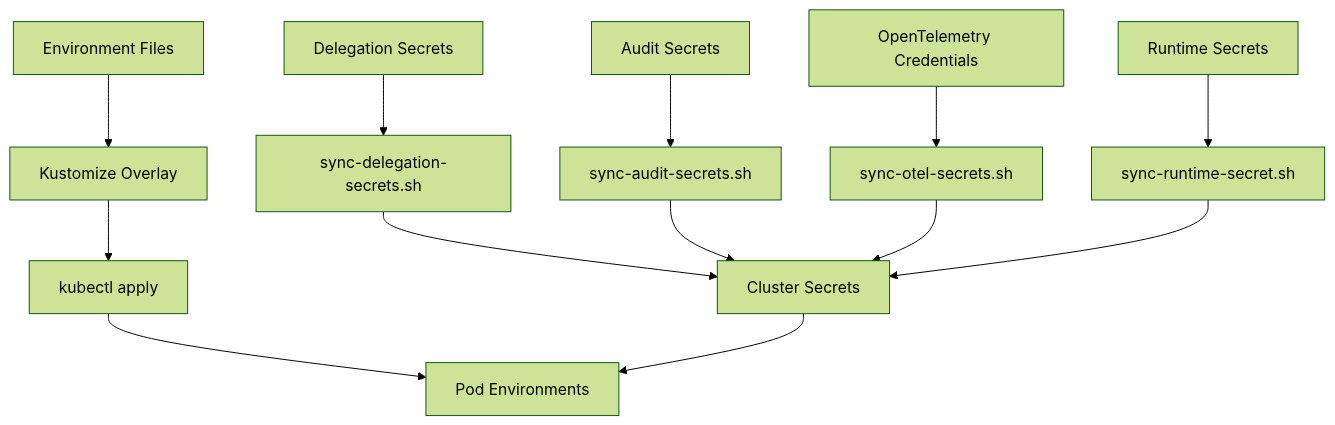
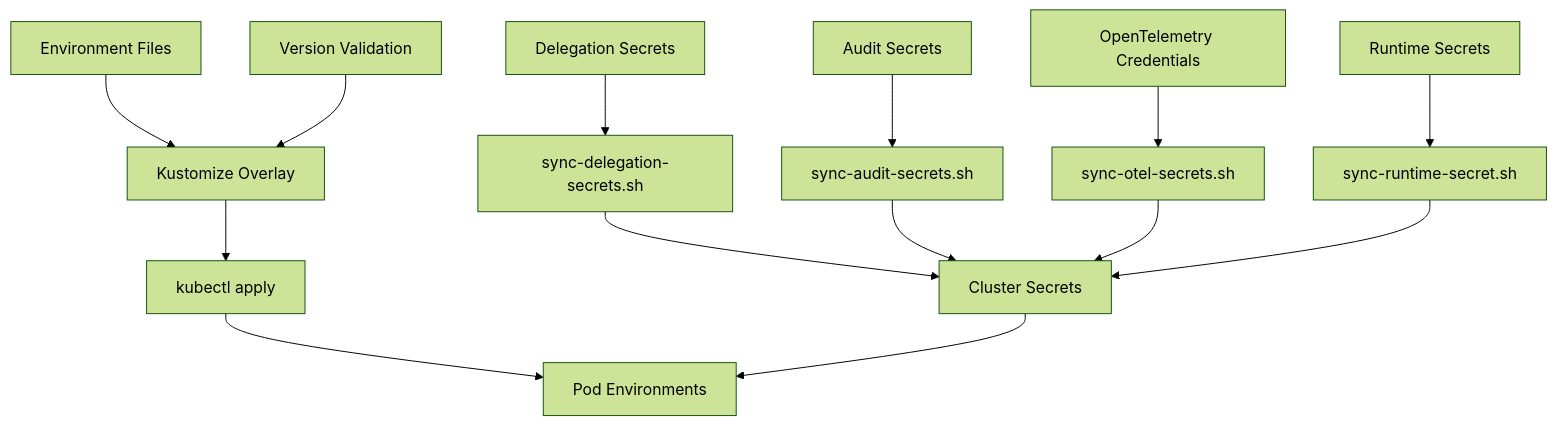
The fifth of 10 diagrams in .qoder/repowiki/en/content/Deployment and Operations/Deployment and Operations.md (metasync/luban-aiops), drawn with Mermaid (forest theme) before and after one commit. The commit also changed other lines of this file and 4 other files, not shown here.

````diff
--- a/.qoder/repowiki/en/content/Deployment and Operations/Deployment and Operations.md
+++ b/.qoder/repowiki/en/content/Deployment and Operations/Deployment and Operations.md
@@ -377,15 +416,16 @@
 ```mermaid
 flowchart TD
 EnvFiles["Environment Files"] --> Overlay["Kustomize Overlay"]
 Secrets["Runtime Secrets"] --> SecretSync["sync-runtime-secret.sh"]
 DelegationSecrets["Delegation Secrets"] --> DelegationSync["sync-delegation-secrets.sh"]
 AuditSecrets["Audit Secrets"] --> AuditSync["sync-audit-secrets.sh"]
 OTELSecrets["OpenTelemetry Credentials"] --> OTESync["sync-otel-secrets.sh"]
+VersionCheck["Version Validation"] --> Overlay
 DelegationSync --> K8sSecrets["Cluster Secrets"]
 AuditSync --> K8sSecrets
 OTESync --> K8sSecrets
 SecretSync --> K8sSecrets
 Overlay --> K8sApply["kubectl apply"]
 K8sApply --> Pods["Pod Environments"]
 K8sSecrets --> Pods
 ```
````
